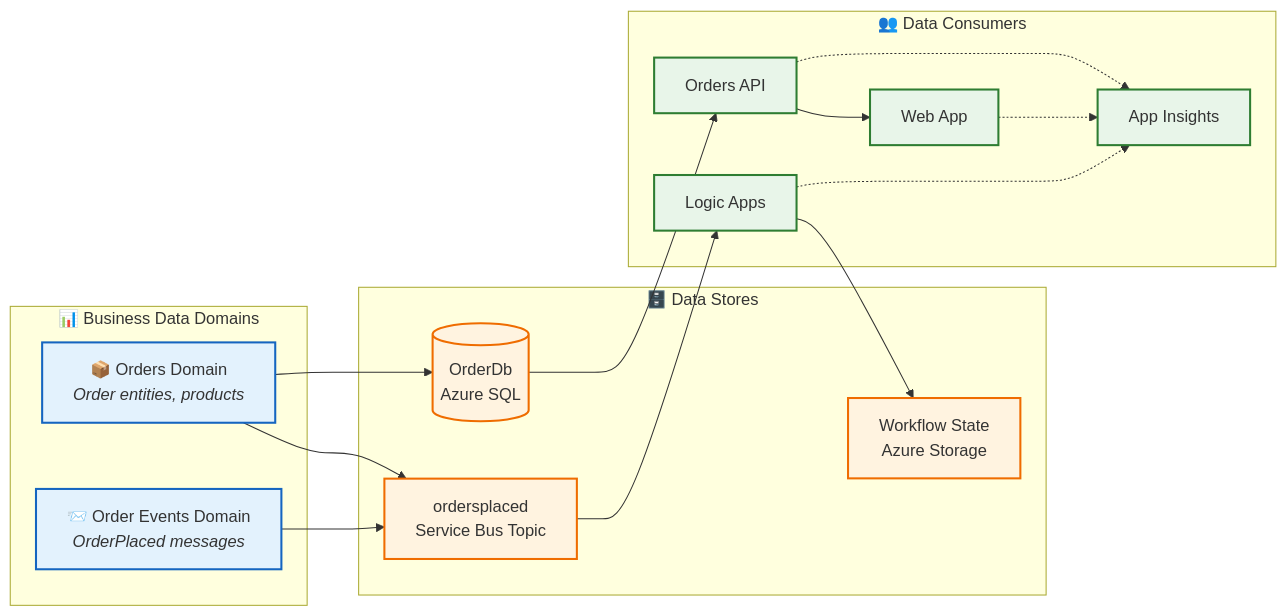
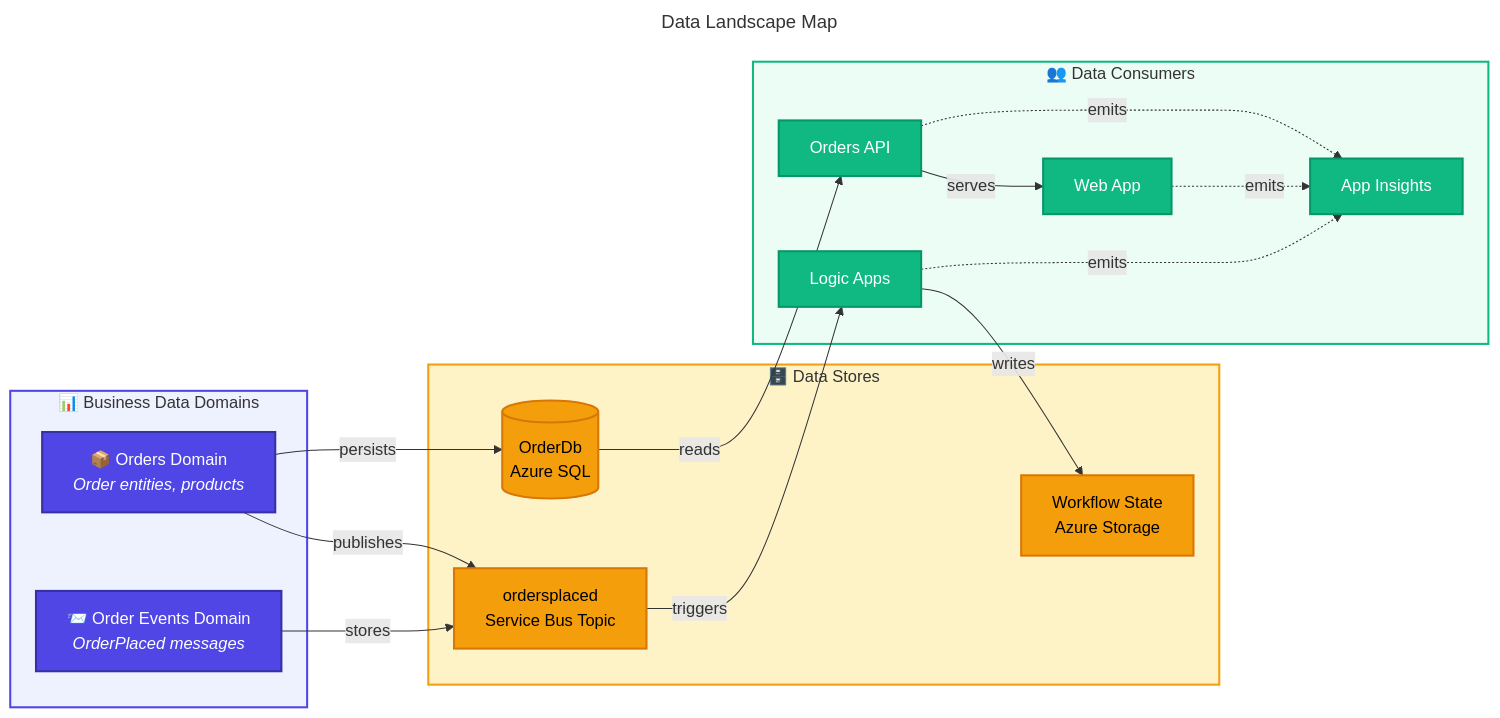
One commit to Evilazaro/Azure-LogicApps-Monitoring changed the first of 6 diagrams in docs/architecture/02-data-architecture.md. Above: the diagram before and after it, drawn with Mermaid. The commit also changed other lines of this file, not shown here.

Commit message:
refactor: Enhance data architecture documentation with improved diagrams, connections, and class definitions

````diff
--- a/docs/architecture/02-data-architecture.md
+++ b/docs/architecture/02-data-architecture.md
@@ -79,41 +79,55 @@
 ```mermaid
+---
+title: Data Landscape Map
+---
 flowchart LR
+    %% ===== BUSINESS DATA DOMAINS =====
     subgraph BusinessDomains["📊 Business Data Domains"]
         Orders["📦 Orders Domain<br/><i>Order entities, products</i>"]
         Events["📨 Order Events Domain<br/><i>OrderPlaced messages</i>"]
     end
 
+    %% ===== DATA STORES =====
     subgraph DataStores["🗄️ Data Stores"]
         OrderDb[("OrderDb<br/>Azure SQL")]
         EventStore["ordersplaced<br/>Service Bus Topic"]
         WorkflowState["Workflow State<br/>Azure Storage"]
     end
 
+    %% ===== DATA CONSUMERS =====
     subgraph Consumers["👥 Data Consumers"]
         API["Orders API"]
         WebApp["Web App"]
         LogicApp["Logic Apps"]
         Analytics["App Insights"]
     end
 
-    Orders --> OrderDb
-    Orders --> EventStore
-    Events --> EventStore
+    %% ===== CONNECTIONS =====
+    Orders -->|"persists"| OrderDb
+    Orders -->|"publishes"| EventStore
+    Events -->|"stores"| EventStore
 
-    OrderDb --> API
-    API --> WebApp
-    EventStore --> LogicApp
-    LogicApp --> WorkflowState
+    OrderDb -->|"reads"| API
+    API -->|"serves"| WebApp
+    EventStore -->|"triggers"| LogicApp
+    LogicApp -->|"writes"| WorkflowState
 
-    API -.-> Analytics
-    WebApp -.-> Analytics
-    LogicApp -.-> Analytics
+    API -.->|"emits"| Analytics
+    WebApp -.->|"emits"| Analytics
+    LogicApp -.->|"emits"| Analytics
 
-    classDef domain fill:#e3f2fd,stroke:#1565c0,stroke-width:2px
-    classDef store fill:#fff3e0,stroke:#ef6c00,stroke-width:2px
-    classDef consumer fill:#e8f5e9,stroke:#2e7d32,stroke-width:2px
+    %% ===== CLASS DEFINITIONS =====
+    classDef primary fill:#4F46E5,stroke:#3730A3,color:#FFFFFF,stroke-width:2px
+    classDef datastore fill:#F59E0B,stroke:#D97706,color:#000000,stroke-width:2px
+    classDef secondary fill:#10B981,stroke:#059669,color:#FFFFFF,stroke-width:2px
 
-    class Orders,Events domain
-    class OrderDb,EventStore,WorkflowState store
-    class API,WebApp,LogicApp,Analytics consumer
+    %% ===== CLASS ASSIGNMENTS =====
+    class Orders,Events primary
+    class OrderDb,EventStore,WorkflowState datastore
+    class API,WebApp,LogicApp,Analytics secondary
+
+    %% ===== SUBGRAPH STYLES =====
+    style BusinessDomains fill:#EEF2FF,stroke:#4F46E5,stroke-width:2px
+    style DataStores fill:#FEF3C7,stroke:#F59E0B,stroke-width:2px
+    style Consumers fill:#ECFDF5,stroke:#10B981,stroke-width:2px
 ```
````
